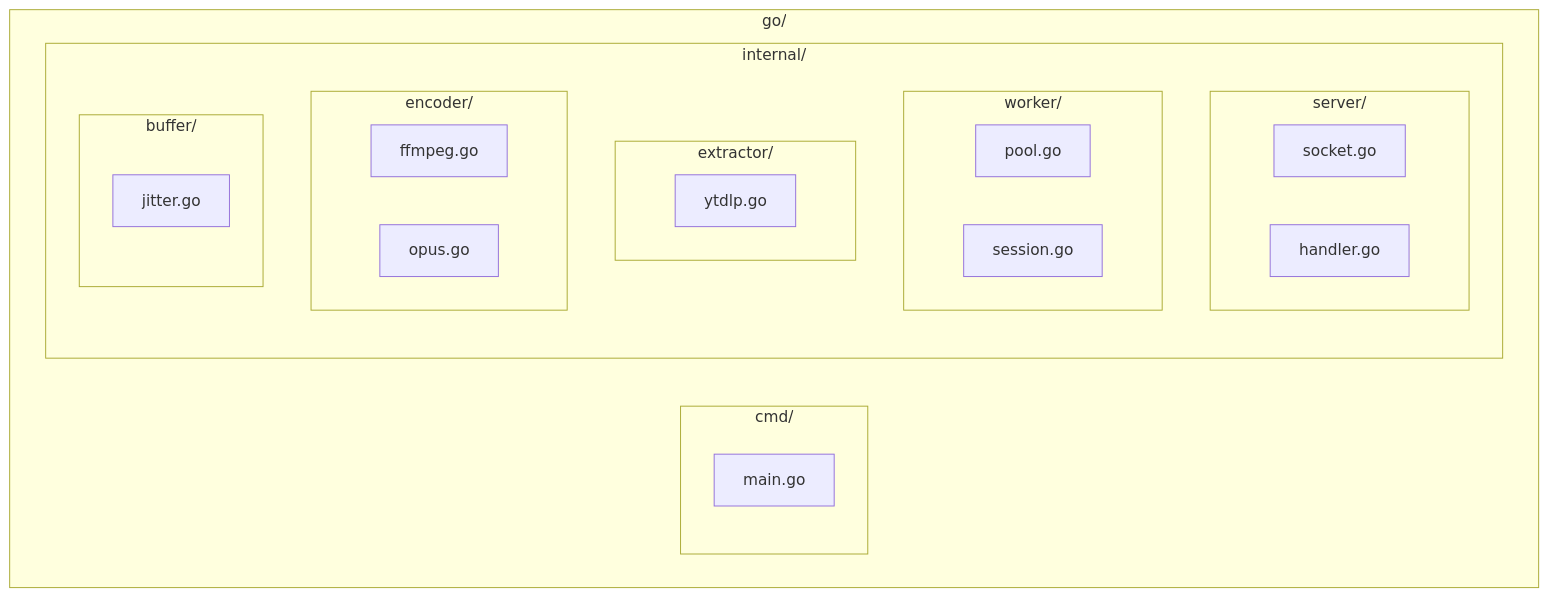
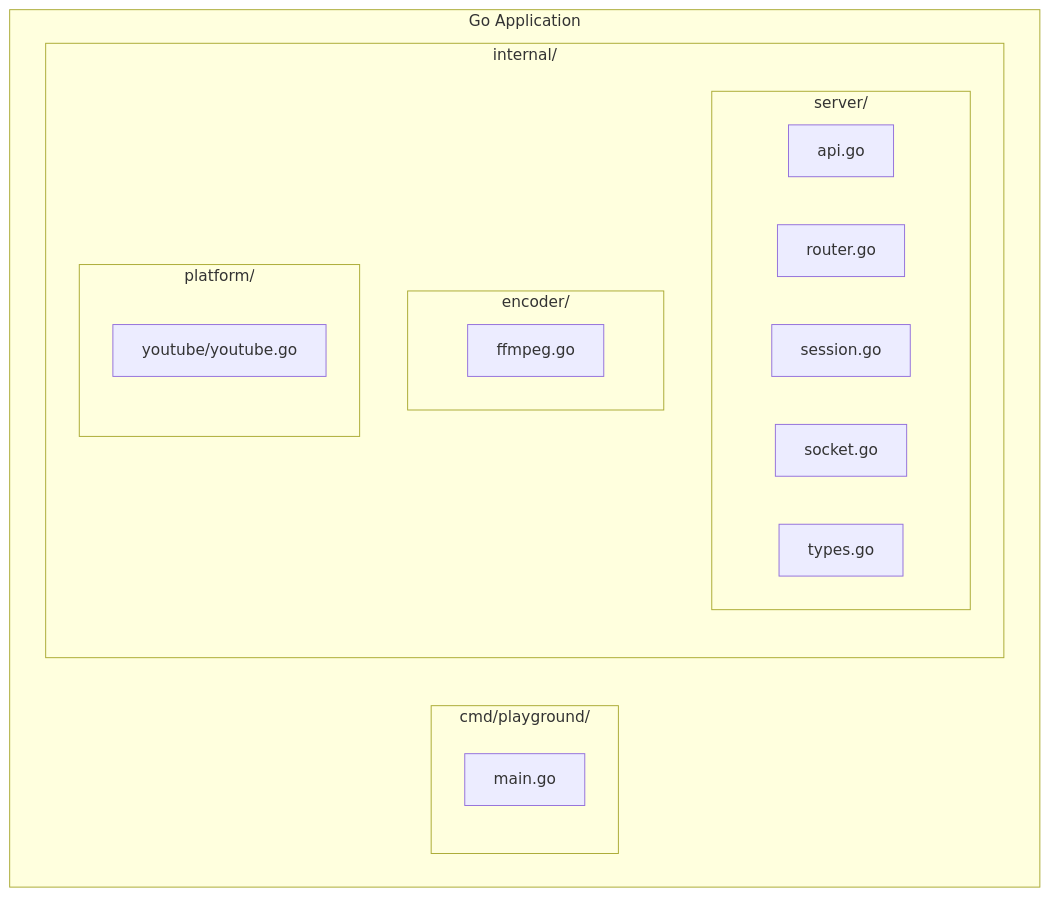
The fifth of 9 diagrams in .claude/skills/topic-planning/SKILL.md (thewind121212/natashi), drawn with Mermaid before and after one commit. The commit also changed other lines of this file and 34 other files, not shown here.

````diff
--- a/.claude/skills/topic-planning/SKILL.md
+++ b/.claude/skills/topic-planning/SKILL.md
@@ -185,33 +171,26 @@
 ```mermaid
 flowchart TB
-    subgraph Go["go/"]
-        subgraph Cmd["cmd/"]
+    subgraph Go["Go Application"]
+        subgraph Cmd["cmd/playground/"]
             MAIN[main.go]
         end
 
         subgraph Internal["internal/"]
             subgraph Server["server/"]
-                SOCK[socket.go]
-                HANDLER[handler.go]
-            end
-
-            subgraph Worker["worker/"]
-                POOL[pool.go]
+                API[api.go]
+                ROUTER[router.go]
                 SESSION[session.go]
-            end
-
-            subgraph Extractor["extractor/"]
-                YTDLP[ytdlp.go]
+                SOCKET[socket.go]
+                TYPES[types.go]
             end
 
             subgraph Encoder["encoder/"]
                 FFMPEG[ffmpeg.go]
-                OPUS[opus.go]
             end
 
-            subgraph Buffer["buffer/"]
-                JITTER[jitter.go]
+            subgraph Platform["platform/"]
+                YOUTUBE[youtube/youtube.go]
             end
         end
     end
 ```
````
